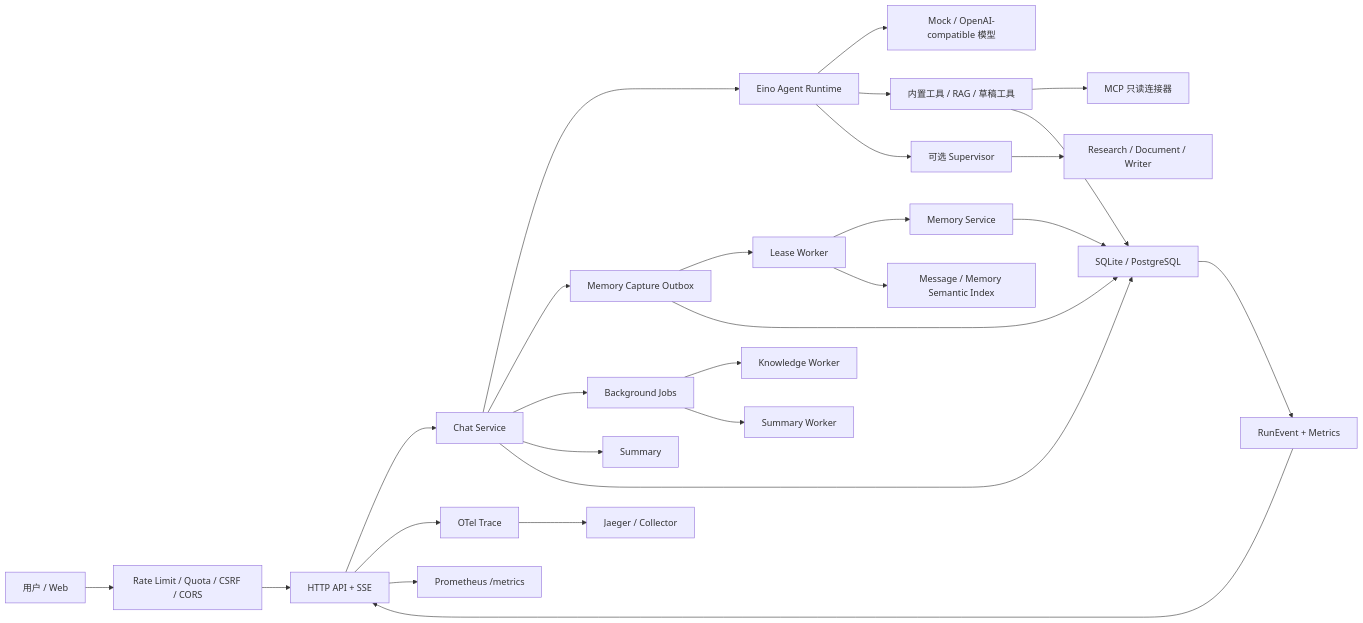
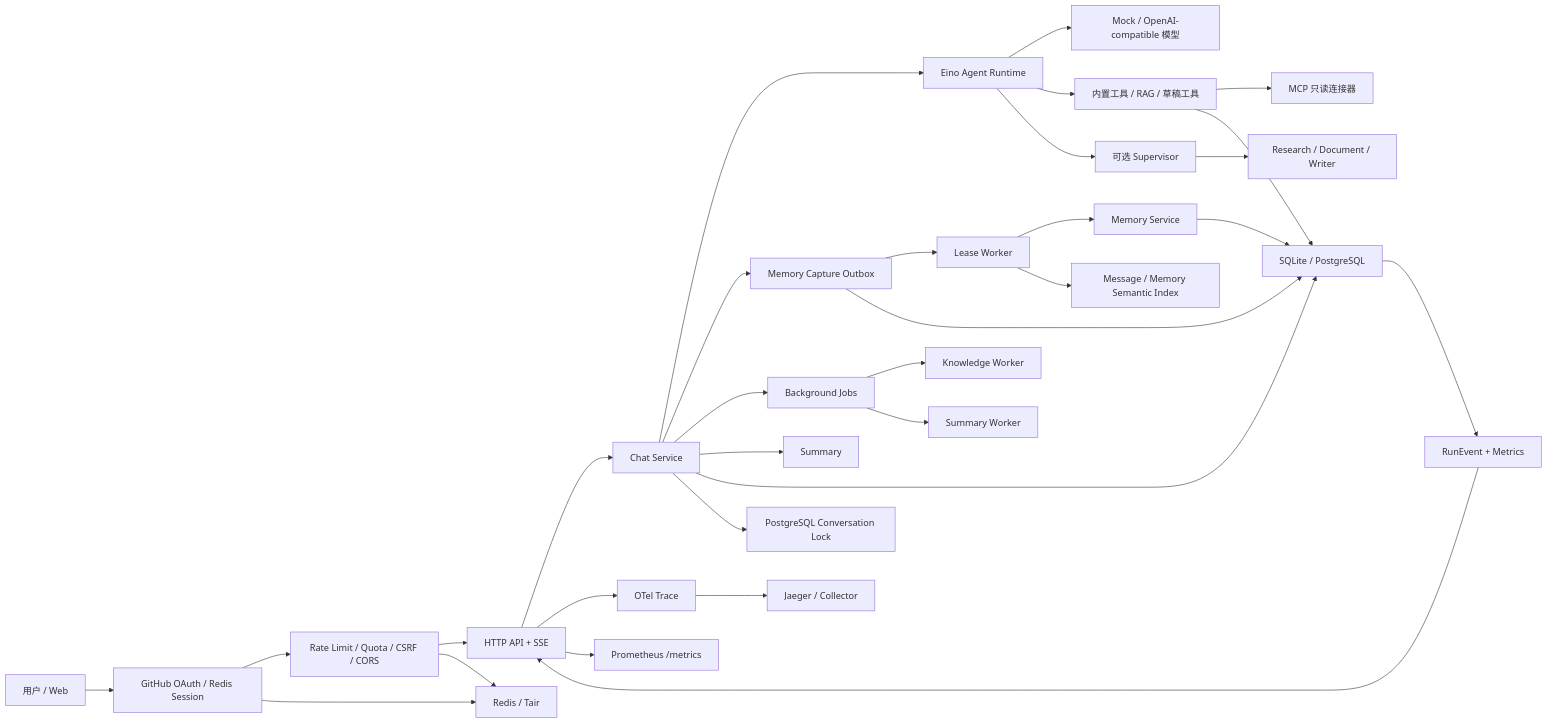
The first of 2 diagrams in README.md (zora-DD/zora), drawn with Mermaid before and after one commit. The commit also changed other lines of this file and 95 other files, not shown here.

````diff
--- a/README.md
+++ b/README.md
@@ -45,29 +47,33 @@
 ```mermaid
 flowchart LR
-    User["用户 / Web"] --> Guard["Rate Limit / Quota / CSRF / CORS"]
+    User["用户 / Web"] --> Auth["GitHub OAuth / Redis Session"]
+    Auth --> Guard["Rate Limit / Quota / CSRF / CORS"]
     Guard --> API["HTTP API + SSE"]
     API --> Chat["Chat Service"]
     Chat --> Runtime["Eino Agent Runtime"]
     Runtime --> Model["Mock / OpenAI-compatible 模型"]
     Runtime --> Tools["内置工具 / RAG / 草稿工具"]
     Runtime --> Supervisor["可选 Supervisor"]
     Supervisor --> Specialists["Research / Document / Writer"]
     Tools --> MCP["MCP 只读连接器"]
     Chat --> Outbox["Memory Capture Outbox"]
     Outbox --> Worker["Lease Worker"]
     Worker --> Memory["Memory Service"]
     Worker --> Semantic["Message / Memory Semantic Index"]
     Chat --> Jobs["Background Jobs"]
     Jobs --> Ingestion["Knowledge Worker"]
     Jobs --> SummaryWorker["Summary Worker"]
     Chat --> Summary["Summary"]
     Chat --> Store["SQLite / PostgreSQL"]
+    Chat --> Lock["PostgreSQL Conversation Lock"]
+    Auth --> Redis["Redis / Tair"]
+    Guard --> Redis
     Memory --> Store
     Outbox --> Store
     Tools --> Store
     Store --> Metrics["RunEvent + Metrics"]
     Metrics --> API
     API --> OTel["OTel Trace"]
     OTel --> Jaeger["Jaeger / Collector"]
     API --> Prom["Prometheus /metrics"]
 ```
````
